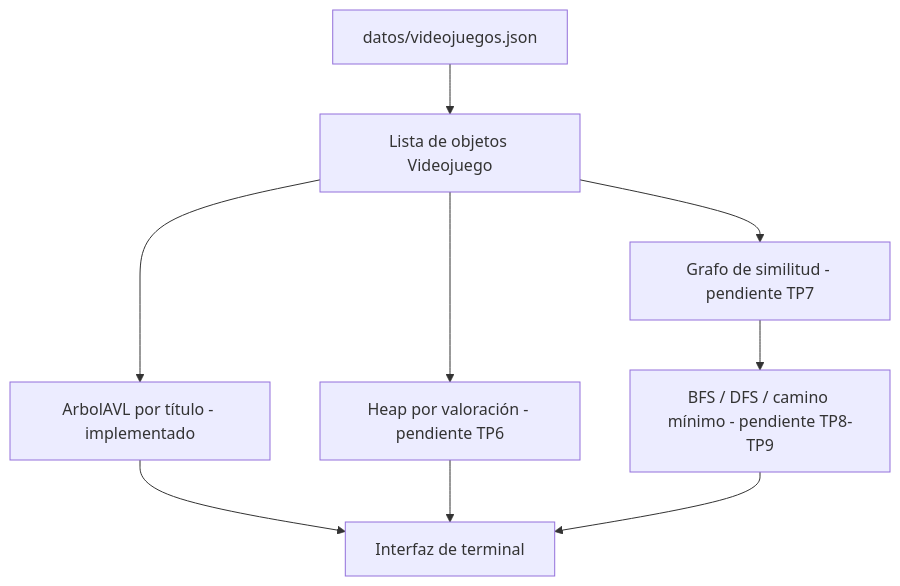
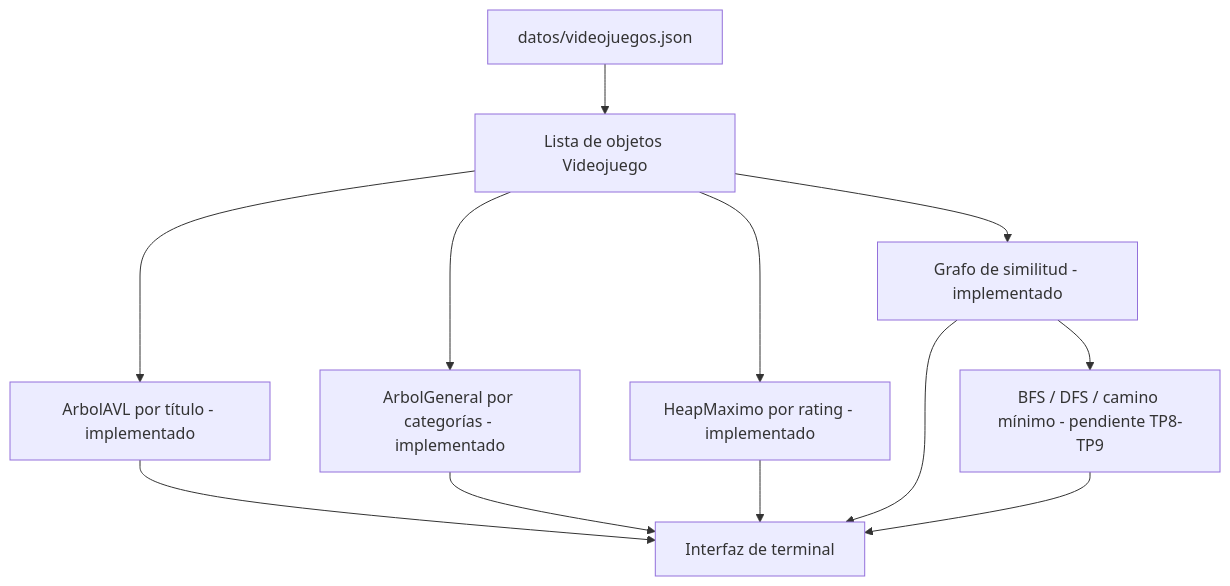
The diagram in docs/04-diagrama-datos.md (Ceciliabonetto/gameguardian-tp-estructuradedatos), drawn with Mermaid before and after one commit. The commit also changed other lines of this file and 9 other files, not shown here.

Commit message:
TP7: grafo de similitud con lista de adyacencia y docs

````diff
--- a/docs/04-diagrama-datos.md
+++ b/docs/04-diagrama-datos.md
@@ -3,11 +3,14 @@
 ```mermaid
 flowchart TD
     A[datos/videojuegos.json] --> B[Lista de objetos Videojuego]
     B --> C[ArbolAVL por título - implementado]
-    B --> D[Heap por valoración - pendiente TP6]
-    B --> E[Grafo de similitud - pendiente TP7]
+    B --> H[ArbolGeneral por categorías - implementado]
+    B --> D[HeapMaximo por rating - implementado]
+    B --> E[Grafo de similitud - implementado]
     E --> F[BFS / DFS / camino mínimo - pendiente TP8-TP9]
     C --> G[Interfaz de terminal]
+    H --> G
     D --> G
+    E --> G
     F --> G
 ```
````
